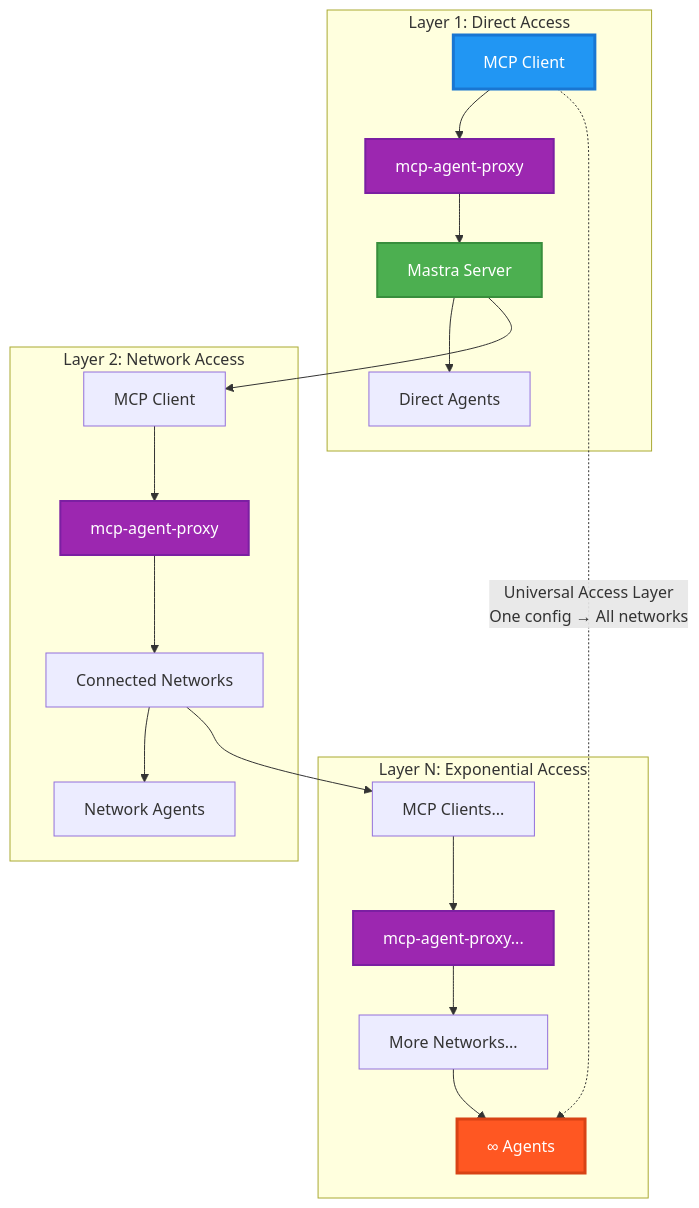
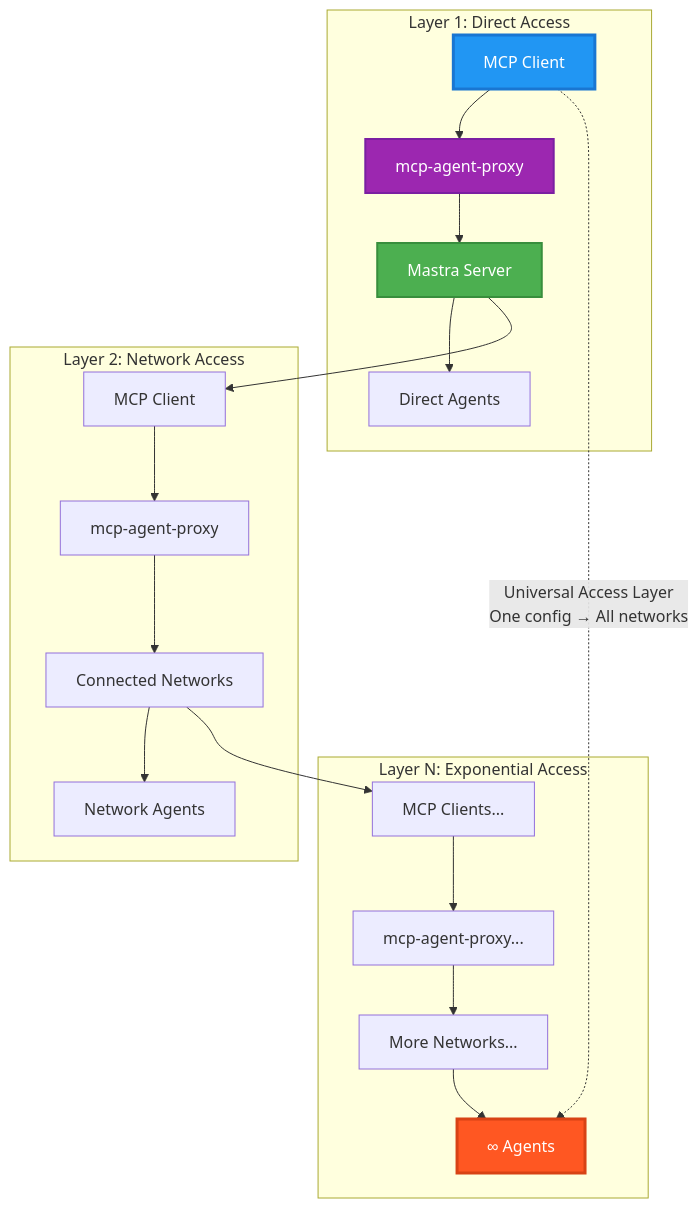
One commit to mashh-lab/mcp-agent-proxy changed the diagram in README.md. Above: the diagram before and after it, drawn with Mermaid. The commit also changed other lines of this file, not shown here.

````diff
--- a/README.md
+++ b/README.md
@@ -178,31 +86,29 @@
 ```mermaid
 graph TD
     subgraph "Layer 1: Direct Access"
         A[MCP Client] --> B[mcp-agent-proxy]
         B --> C[Mastra Server]
         C --> D[Direct Agents]
     end
 
     subgraph "Layer 2: Network Access"
         C --> E[MCP Client]
         E --> F[mcp-agent-proxy]
         F --> G[Connected Networks]
         G --> H[Network Agents]
     end
 
     subgraph "Layer N: Exponential Access"
         G --> I[MCP Clients...]
         I --> J[mcp-agent-proxy...]
         J --> K[More Networks...]
         K --> L[∞ Agents]
     end
 
     A -.->|"Universal Access Layer<br/>One config → All networks"| L
 
     style A fill:#2196F3,stroke:#1976D2,stroke-width:3px,color:#fff
     style B fill:#9C27B0,stroke:#7B1FA2,stroke-width:2px,color:#fff
     style C fill:#4CAF50,stroke:#388E3C,stroke-width:2px,color:#fff
-    style F fill:#9C27B0,stroke:#7B1FA2,stroke-width:2px,color:#fff
-    style J fill:#9C27B0,stroke:#7B1FA2,stroke-width:2px,color:#fff
     style L fill:#FF5722,stroke:#D84315,stroke-width:3px,color:#fff
 ```
````
